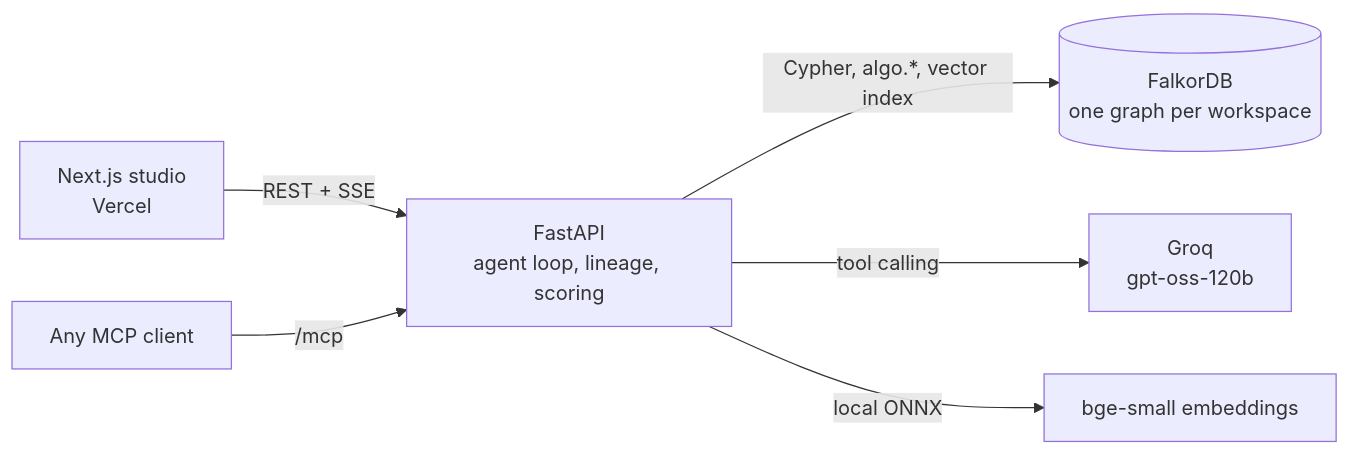
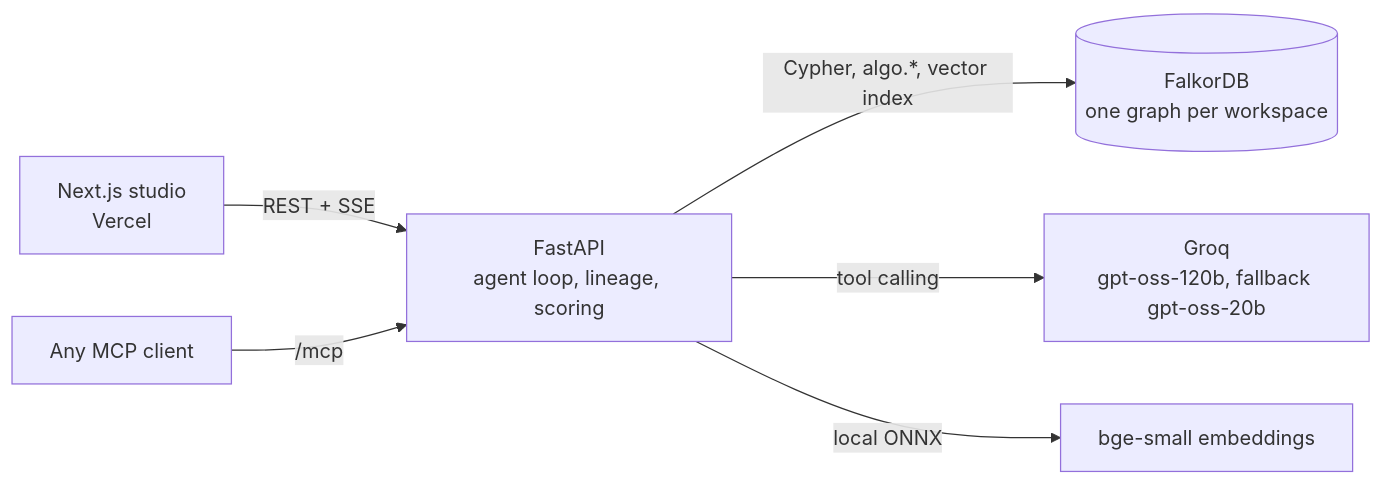
One commit to Gravyie/echo changed the diagram in README.md. Above: the diagram before and after it, drawn with Mermaid. The commit also changed other lines of this file and 25 other files, not shown here.

Commit message:
Groq agent tuning, readable graph labels, new hero and product section, deploy script, blog and demo script

````diff
--- a/README.md
+++ b/README.md
@@ -110,8 +114,8 @@
 ```mermaid
 flowchart LR
   UI[Next.js studio<br/>Vercel] -- REST + SSE --> API[FastAPI<br/>agent loop, lineage, scoring]
   MCP[Any MCP client] -- /mcp --> API
   API -- Cypher, algo.*, vector index --> F[(FalkorDB<br/>one graph per workspace)]
-  API -- tool calling --> LLM[Groq<br/>gpt-oss-120b]
+  API -- tool calling --> LLM[Groq<br/>gpt-oss-120b, fallback gpt-oss-20b]
   API -- local ONNX --> EMB[bge-small embeddings]
 ```
````
